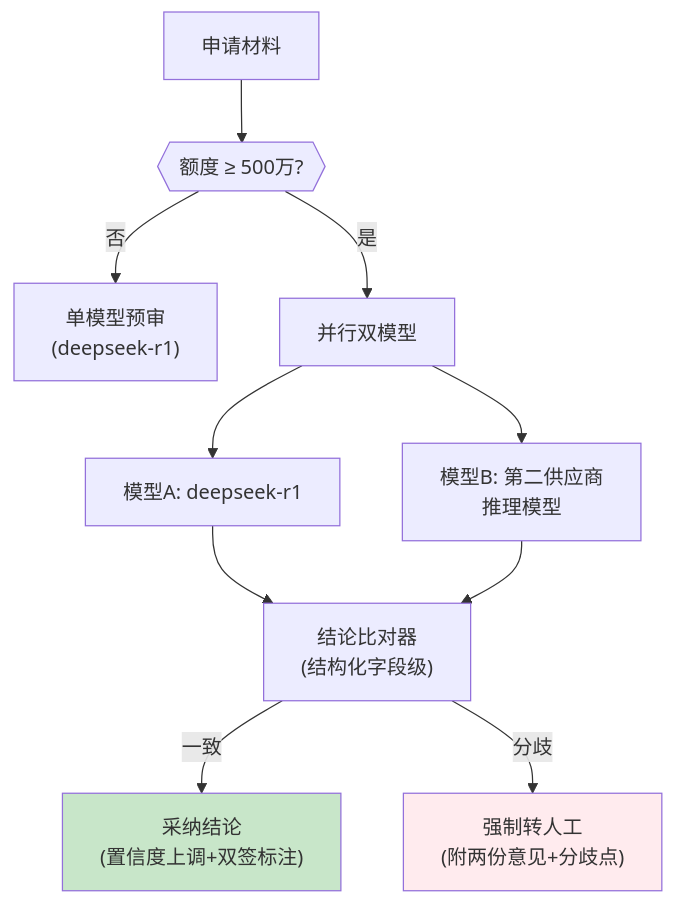
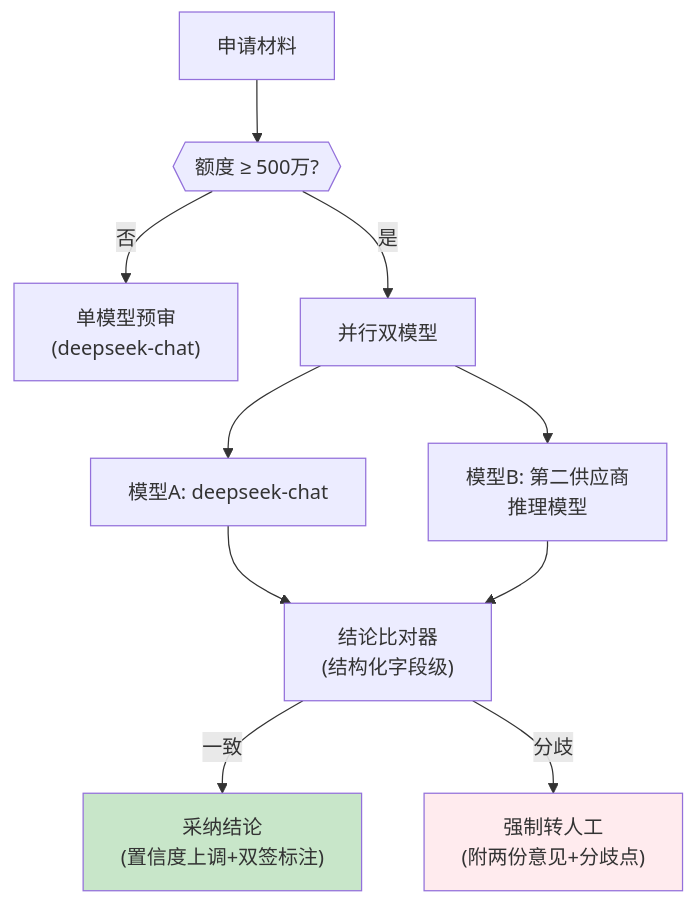
The diagram in docs/项目/06-金融风控Agent系统/05-迭代四-多模型交叉验证.md (UranusGit/java-agent-learn), drawn with Mermaid before and after one commit. The commit also changed other lines of this file and 244 other files, not shown here.

````diff
--- a/docs/项目/06-金融风控Agent系统/05-迭代四-多模型交叉验证.md
+++ b/docs/项目/06-金融风控Agent系统/05-迭代四-多模型交叉验证.md
@@ -25,15 +25,15 @@
 ```mermaid
 flowchart TB
     IN["申请材料"] --> SPLIT{{"额度 ≥ 500万?"}}
-    SPLIT -- 否 --> M1["单模型预审<br/>(deepseek-r1)"]
+    SPLIT -- 否 --> M1["单模型预审<br/>(deepseek-chat)"]
     SPLIT -- 是 --> PAR["并行双模型"]
-    PAR --> A["模型A: deepseek-r1"]
+    PAR --> A["模型A: deepseek-chat"]
     PAR --> B["模型B: 第二供应商<br/>推理模型"]
     A --> CMP["结论比对器<br/>(结构化字段级)"]
     B --> CMP
     CMP -->|"一致"| PASS["采纳结论<br/>(置信度上调+双签标注)"]
     CMP -->|"分歧"| HUMAN["强制转人工<br/>(附两份意见+分歧点)"]
 
     style PASS fill:#c8e6c9
     style HUMAN fill:#ffebee
 ```
````
